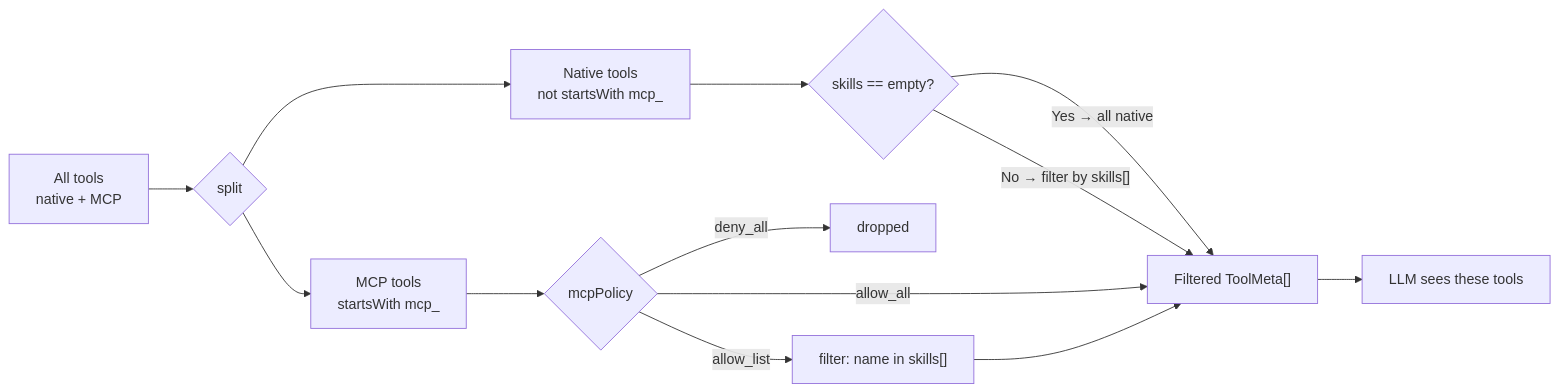
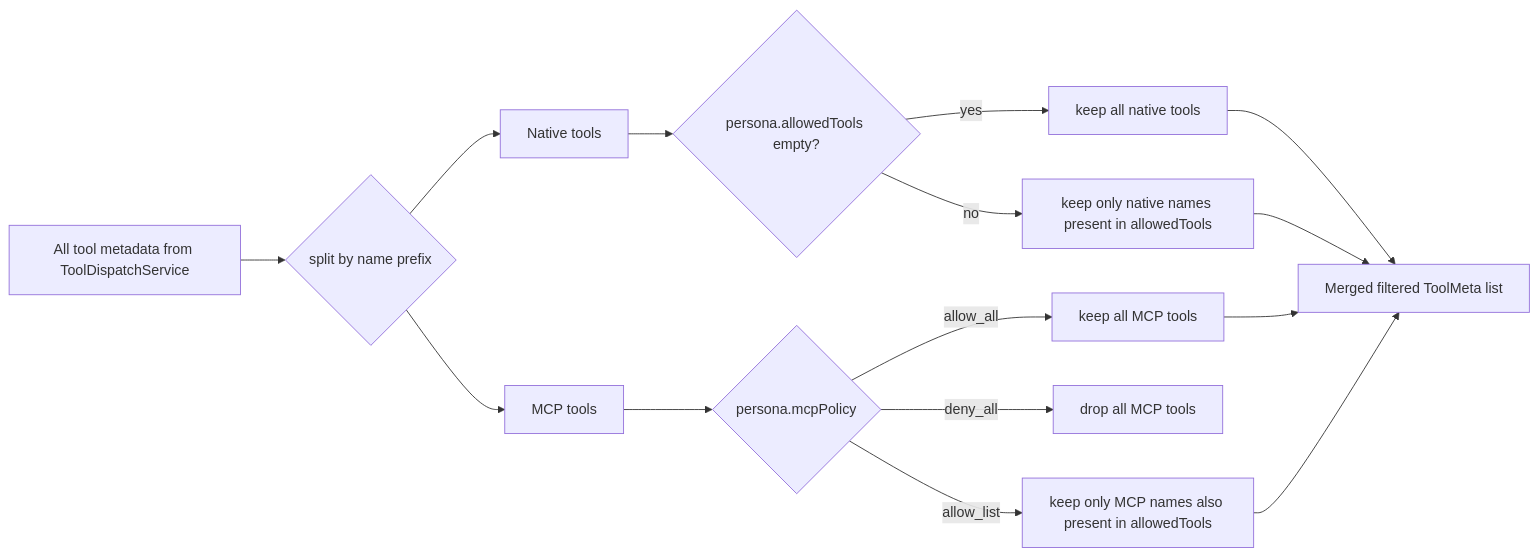
One commit to Radomiej/kalio-forever changed the third of 3 diagrams in docs/mcp-architecture.md. Above: the diagram before and after it, drawn with Mermaid. The commit also changed other lines of this file and 10 other files, not shown here.

First line of the commit message:
refactor: Update tool architecture documentation and add application architecture overview

````diff
--- a/docs/mcp-architecture.md
+++ b/docs/mcp-architecture.md
@@ -182,18 +108,20 @@
 ```mermaid
 flowchart LR
-    ALL[All tools\nnative + MCP] --> SPLIT{split}
-    SPLIT --> NAT[Native tools\nnot startsWith mcp_]
-    SPLIT --> MCPT[MCP tools\nstartsWith mcp_]
+    All[All tool metadata from ToolDispatchService] --> Split{split by name prefix}
+    Split --> Native[Native tools]
+    Split --> MCPTools[MCP tools]
 
-    NAT --> NS{skills == empty?}
-    NS -- "Yes → all native" --> MERGE
-    NS -- "No → filter by skills[]" --> MERGE
+    Native --> NativeFilter{persona.allowedTools empty?}
+    NativeFilter -- yes --> NativeKeep[keep all native tools]
+    NativeFilter -- no --> NativeAllow[keep only native names present in allowedTools]
 
-    MCPT --> MP{mcpPolicy}
-    MP -- allow_all --> MERGE
-    MP -- deny_all --> DROP[dropped]
-    MP -- allow_list --> MF["filter: name in skills[]"]
-    MF --> MERGE
+    MCPTools --> Policy{persona.mcpPolicy}
+    Policy -- allow_all --> MCPKeep[keep all MCP tools]
+    Policy -- deny_all --> MCPDrop[drop all MCP tools]
+    Policy -- allow_list --> MCPAllow[keep only MCP names also present in allowedTools]
 
-    MERGE["Filtered ToolMeta[]"] --> LLM[LLM sees these tools]
+    NativeKeep --> Merged[Merged filtered ToolMeta list]
+    NativeAllow --> Merged
+    MCPKeep --> Merged
+    MCPAllow --> Merged
 ```
````
